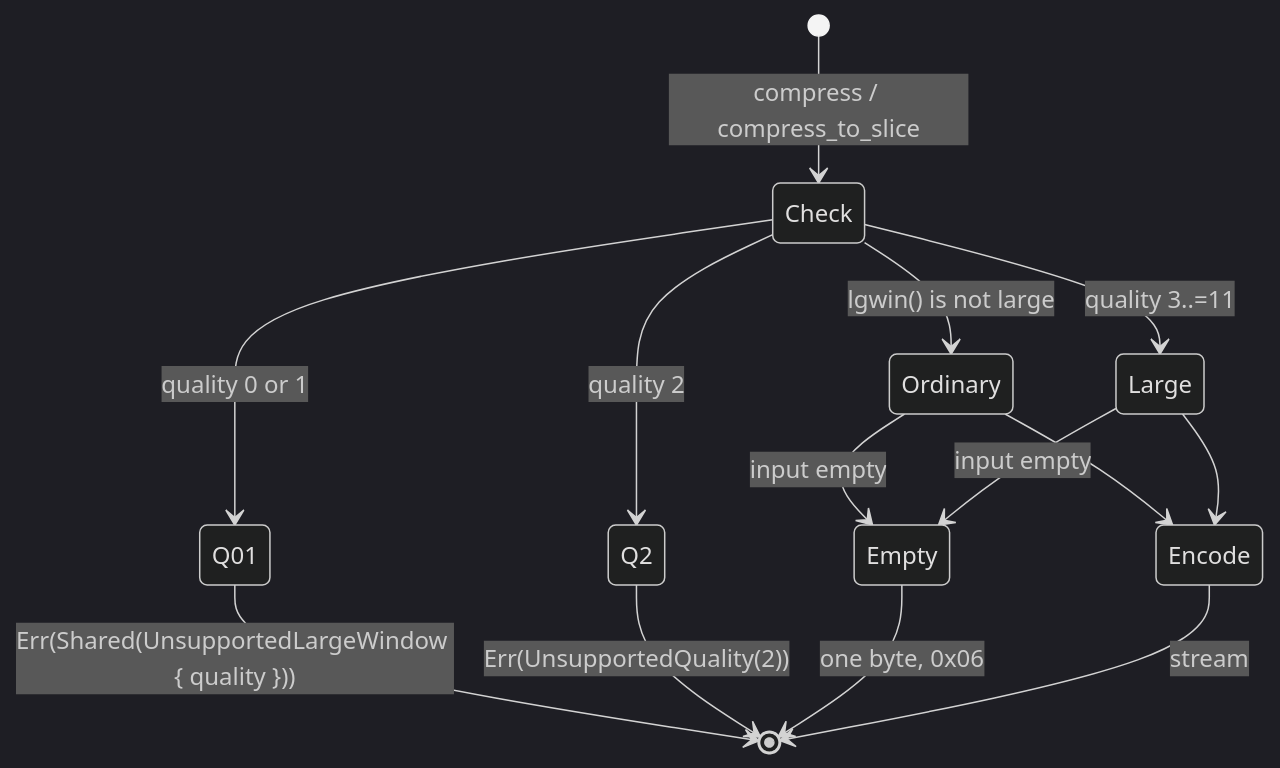
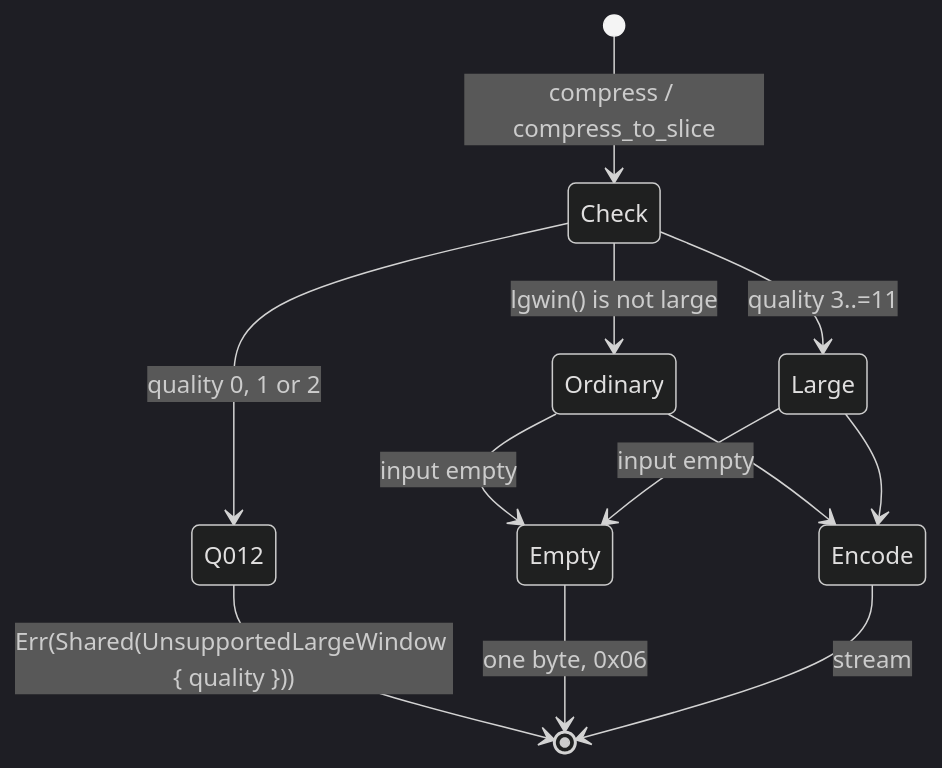
Diagram 12 of 13 in architecture/shared-brotli.md (Mnwa/mbrotli), drawn with Mermaid (dark theme) before and after one commit. The commit also changed other lines of this file and 59 other files, not shown here.

````diff
--- a/architecture/shared-brotli.md
+++ b/architecture/shared-brotli.md
@@ -506,16 +575,14 @@
 ```mermaid
 stateDiagram-v2
     [*] --> Check: compress / compress_to_slice
     Check --> Ordinary: lgwin() is not large
-    Check --> Q01: quality 0 or 1
-    Check --> Q2: quality 2
+    Check --> Q012: quality 0, 1 or 2
     Check --> Large: quality 3..=11
-    Q01 --> [*]: Err(Shared(UnsupportedLargeWindow { quality }))
-    Q2 --> [*]: Err(UnsupportedQuality(2))
+    Q012 --> [*]: Err(Shared(UnsupportedLargeWindow { quality }))
     Ordinary --> Empty: input empty
     Large --> Empty: input empty
     Empty --> [*]: one byte, 0x06
     Ordinary --> Encode
     Large --> Encode
     Encode --> [*]: stream
 ```
````
